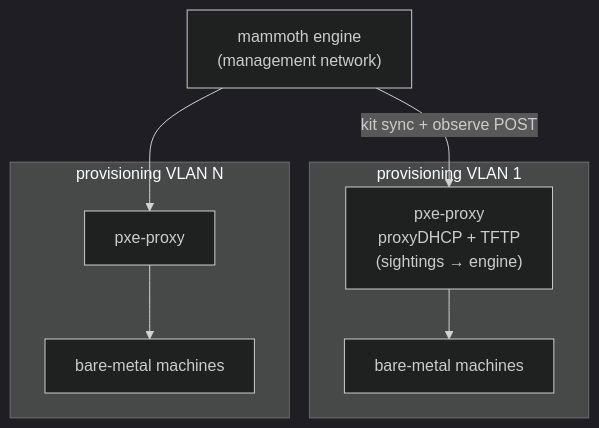
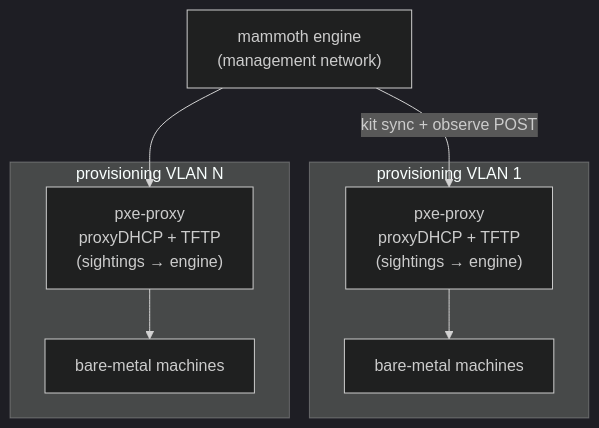
Before and after one commit to 3th1nk/mammoth: the third of 3 diagrams in README.md, drawn with Mermaid (dark theme). The commit also changed other lines of this file and 1 other file, not shown here.

Commit message:
docs: VLAN agents 统一为 VLAN proxies + 部署图双子图对称化(中英对齐)

````diff
--- a/README.md
+++ b/README.md
@@ -216,16 +216,16 @@
 ```mermaid
 flowchart TD
     eng["mammoth engine<br/>(management network)"]
     subgraph V1["provisioning VLAN 1"]
         a1["pxe-proxy<br/>proxyDHCP + TFTP<br/>(sightings → engine)"]
         m1["bare-metal machines"]
     end
     subgraph V2["provisioning VLAN N"]
-        aN["pxe-proxy"]
+        aN["pxe-proxy<br/>proxyDHCP + TFTP<br/>(sightings → engine)"]
         mN["bare-metal machines"]
     end
     eng -->|kit sync + observe POST| a1
     eng --> aN
     a1 --> m1
     aN --> mN
 ```
````
